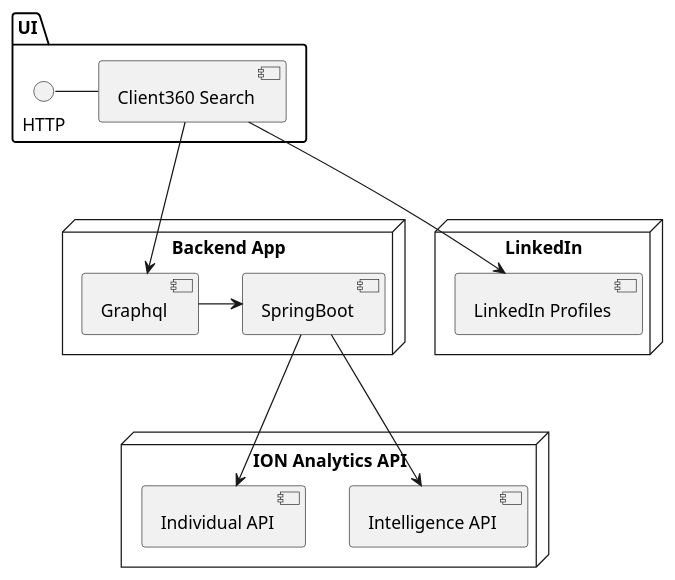
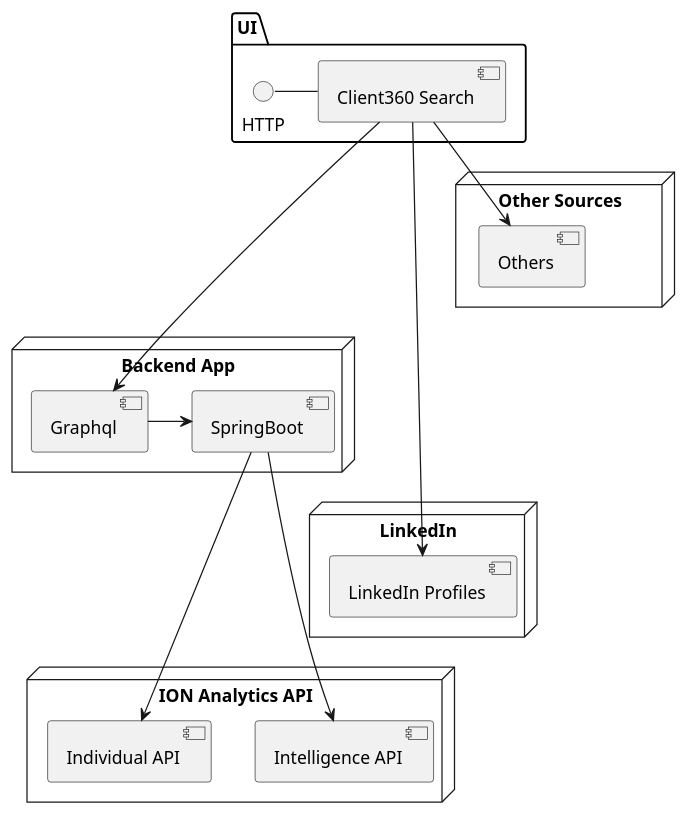
Before and after one commit to kunal-sharma-lab49/Club360: the diagram in Technical_Architect.puml, drawn with PlantUML.

Commit message:
updated diagram

```diff
--- a/Technical_Architect.puml
+++ b/Technical_Architect.puml
@@ -1,30 +1,34 @@
 @startuml
 'https://plantuml.com/component-diagram
 
 
 package "UI" {
   HTTP - [Client360 Search]
 }
 
 node "Backend App" {
    [Graphql]
    [SpringBoot]
 }
 
 node "ION Analytics API" {
   [Individual API]
   [Intelligence API]
 }
 
 node "LinkedIn" {
   [LinkedIn Profiles]
 }
 
+node "Other Sources" {
+  [Others]
+}
+
 
 [Client360 Search] ---> [Graphql]
 [Graphql] -> [SpringBoot]
 [SpringBoot] ---> [Intelligence API]
 [SpringBoot] ---> [Individual API]
-[Client360 Search] ---> [LinkedIn Profiles]
-
+[Client360 Search] ----> [LinkedIn Profiles]
+[Client360 Search] --> [Others]
 @enduml
```
